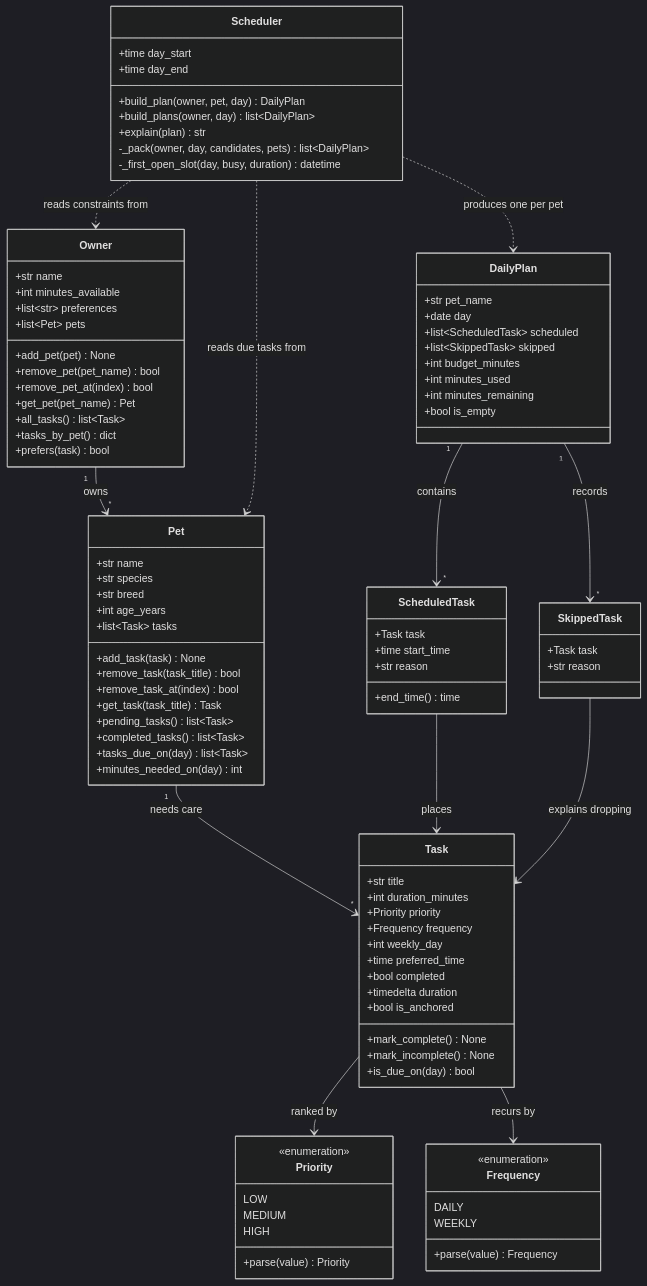
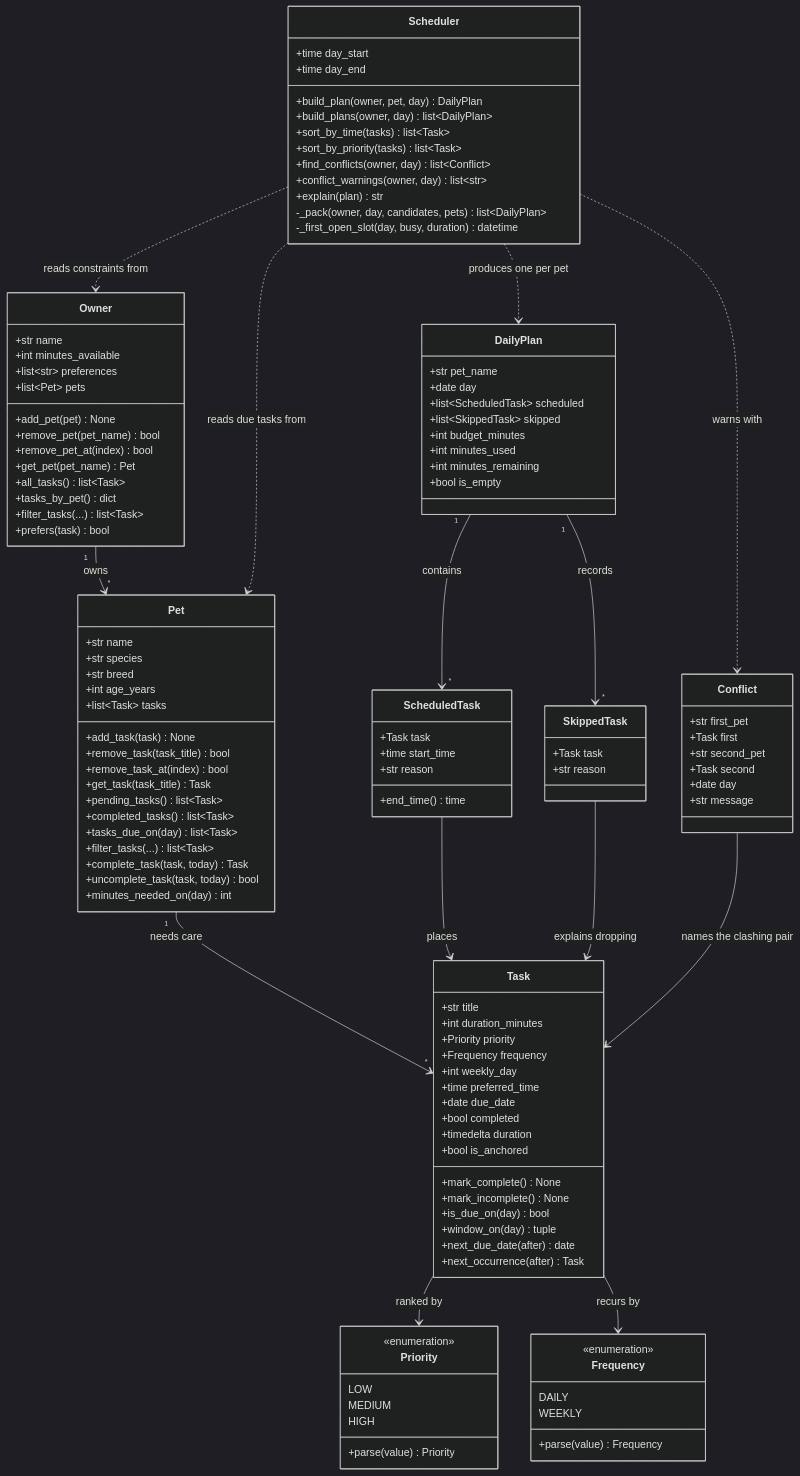
Before and after one commit to Somama12/Assign3: the diagram in diagrams/uml.mmd, drawn with Mermaid (dark theme). The commit also changed 6 other files, not shown here.

```diff
--- a/diagrams/uml.mmd
+++ b/diagrams/uml.mmd
@@ -1,107 +1,130 @@
 classDiagram
     %% PawPal+ system design, kept in sync with pawpal_system.py.
 
     class Owner {
         +str name
         +int minutes_available
         +list~str~ preferences
         +list~Pet~ pets
         +add_pet(pet) None
         +remove_pet(pet_name) bool
         +remove_pet_at(index) bool
         +get_pet(pet_name) Pet
         +all_tasks() list~Task~
         +tasks_by_pet() dict
+        +filter_tasks(...) list~Task~
         +prefers(task) bool
     }
 
     class Pet {
         +str name
         +str species
         +str breed
         +int age_years
         +list~Task~ tasks
         +add_task(task) None
         +remove_task(task_title) bool
         +remove_task_at(index) bool
         +get_task(task_title) Task
         +pending_tasks() list~Task~
         +completed_tasks() list~Task~
         +tasks_due_on(day) list~Task~
+        +filter_tasks(...) list~Task~
+        +complete_task(task, today) Task
+        +uncomplete_task(task, today) bool
         +minutes_needed_on(day) int
     }
 
     class Task {
         +str title
         +int duration_minutes
         +Priority priority
         +Frequency frequency
         +int weekly_day
         +time preferred_time
+        +date due_date
         +bool completed
         +timedelta duration
         +bool is_anchored
         +mark_complete() None
         +mark_incomplete() None
         +is_due_on(day) bool
+        +window_on(day) tuple
+        +next_due_date(after) date
+        +next_occurrence(after) Task
     }
 
     class Priority {
         <<enumeration>>
         LOW
         MEDIUM
         HIGH
         +parse(value) Priority
     }
 
     class Frequency {
         <<enumeration>>
         DAILY
         WEEKLY
         +parse(value) Frequency
     }
 
     class ScheduledTask {
         +Task task
         +time start_time
         +str reason
         +end_time() time
     }
 
+    class Conflict {
+        +str first_pet
+        +Task first
+        +str second_pet
+        +Task second
+        +date day
+        +str message
+    }
+
     class SkippedTask {
         +Task task
         +str reason
     }
 
     class DailyPlan {
         +str pet_name
         +date day
         +list~ScheduledTask~ scheduled
         +list~SkippedTask~ skipped
         +int budget_minutes
         +int minutes_used
         +int minutes_remaining
         +bool is_empty
     }
 
     class Scheduler {
         +time day_start
         +time day_end
         +build_plan(owner, pet, day) DailyPlan
         +build_plans(owner, day) list~DailyPlan~
+        +sort_by_time(tasks) list~Task~
+        +sort_by_priority(tasks) list~Task~
+        +find_conflicts(owner, day) list~Conflict~
+        +conflict_warnings(owner, day) list~str~
         +explain(plan) str
         -_pack(owner, day, candidates, pets) list~DailyPlan~
         -_first_open_slot(day, busy, duration) datetime
     }
 
     Owner "1" --> "*" Pet : owns
     Pet "1" --> "*" Task : needs care
     Task --> Priority : ranked by
     Task --> Frequency : recurs by
     ScheduledTask --> Task : places
     SkippedTask --> Task : explains dropping
     DailyPlan "1" --> "*" ScheduledTask : contains
     DailyPlan "1" --> "*" SkippedTask : records
     Scheduler ..> Owner : reads constraints from
     Scheduler ..> Pet : reads due tasks from
     Scheduler ..> DailyPlan : produces one per pet
+    Scheduler ..> Conflict : warns with
+    Conflict --> Task : names the clashing pair
```
